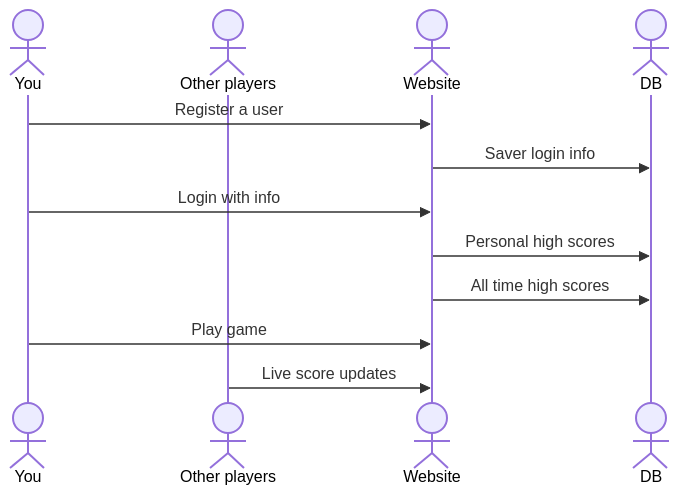
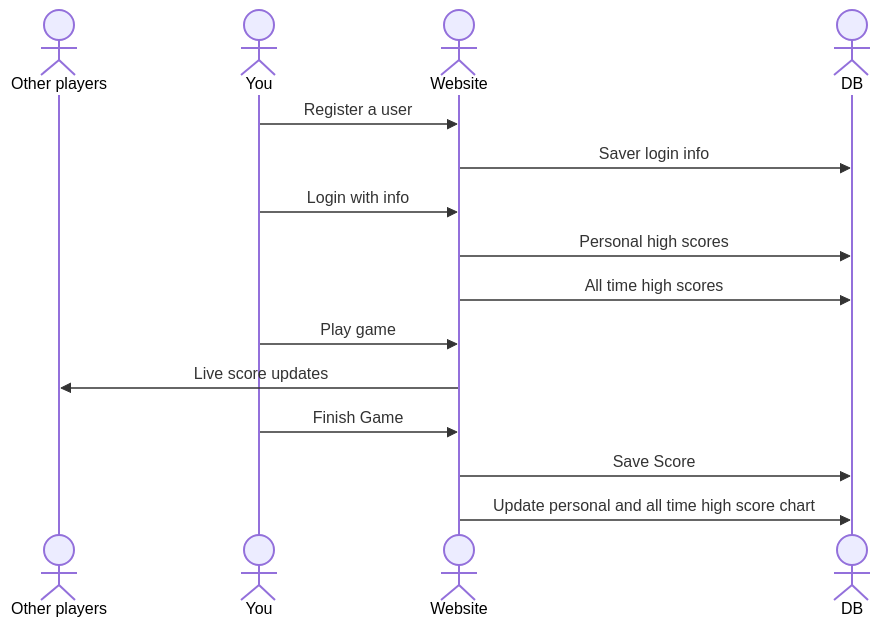
Before and after one commit to sjredd01/startup: the diagram in README.md, drawn with Mermaid.

Commit message:
finished sequence diagram

````diff
--- a/README.md
+++ b/README.md
@@ -38,16 +38,21 @@
 ```mermaid
 sequenceDiagram
+    actor Other players
     actor You
-    actor Other players
     actor Website
     actor DB
     You->>Website: Register a user
     Website->>DB: Saver login info
     You->>Website: Login with info
     Website->>DB: Personal high scores
     Website->>DB: All time high scores
     You->>Website: Play game
-    Other players->>Website: Live score updates
+    Website->>Other players: Live score updates
+    You->>Website: Finish Game
+    Website->>DB: Save Score
+    Website->>DB: Update personal and all time high score chart
+
+
 
 
 ```
````
